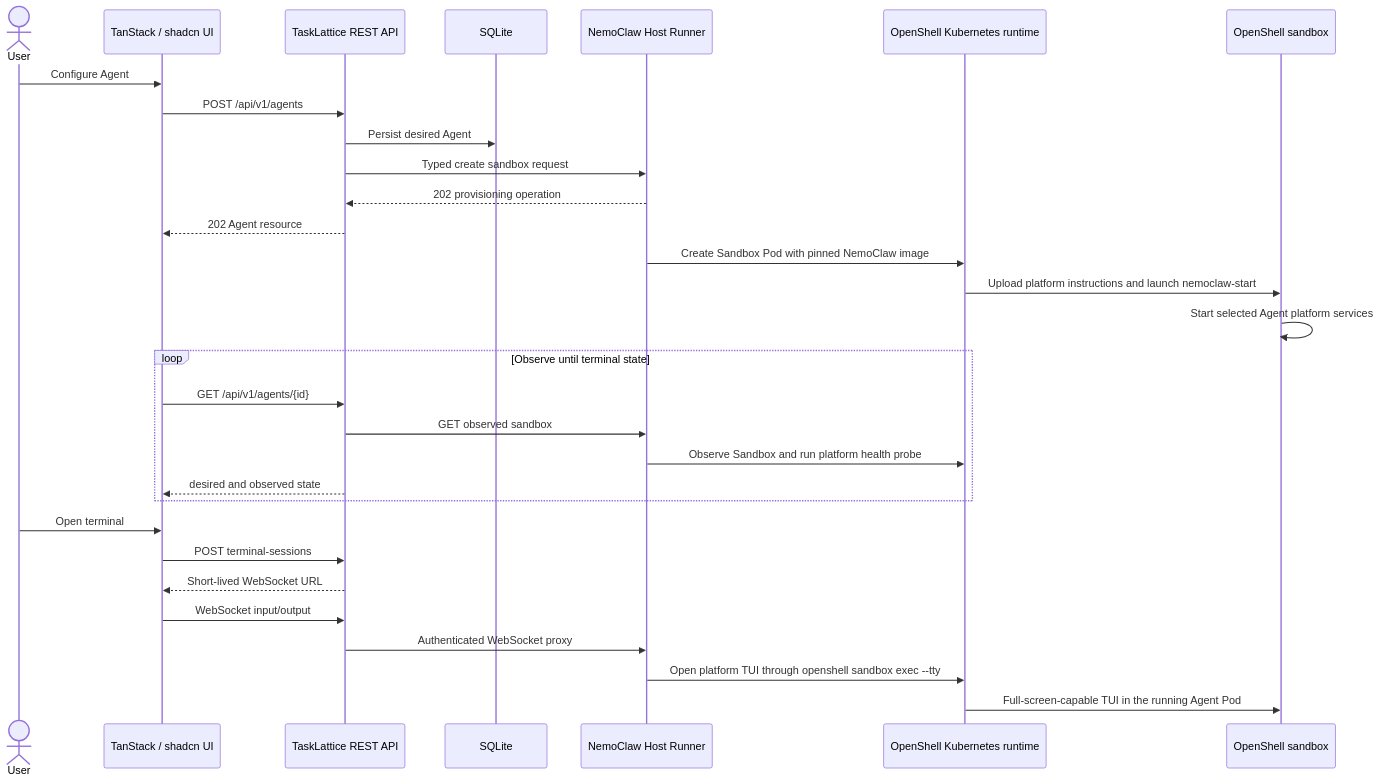
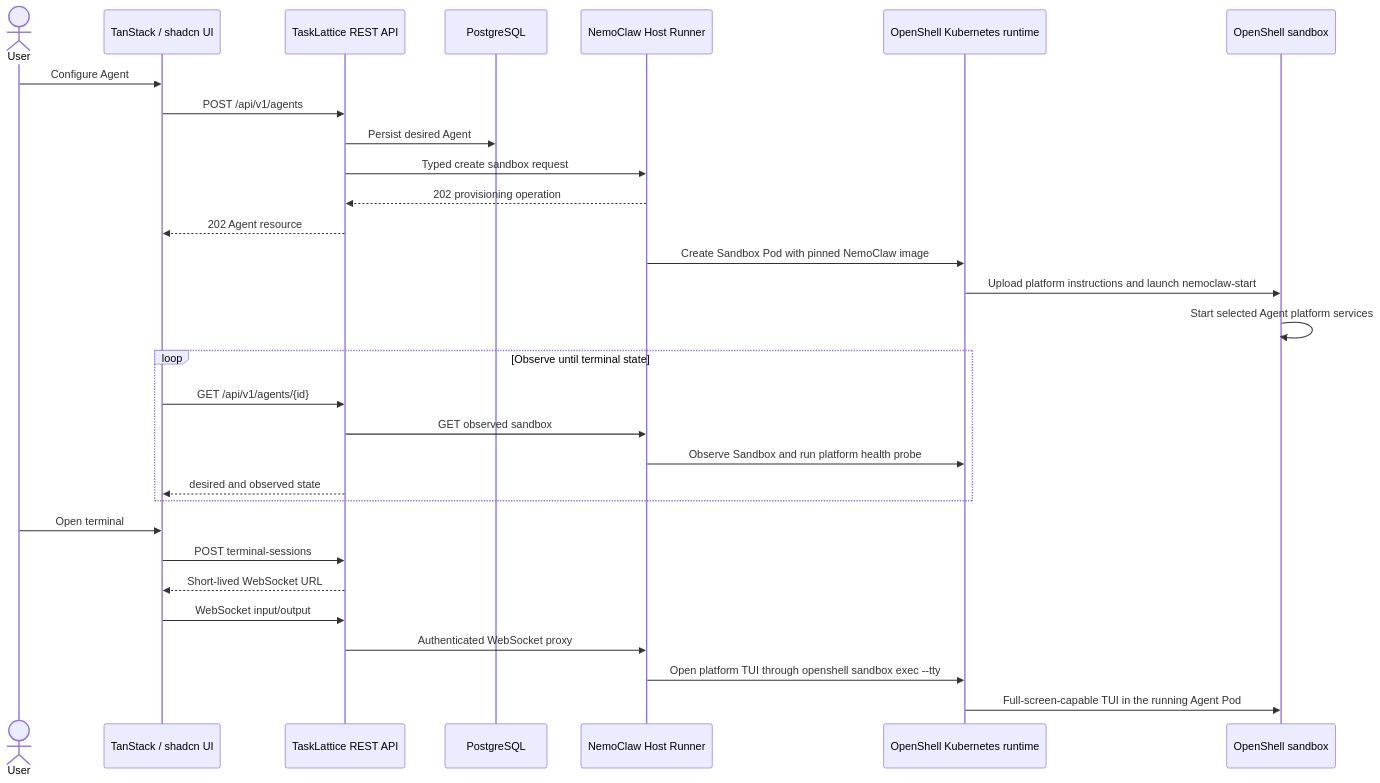
Before and after one commit to feng2009-hub/tasklattice-relay: the second of 2 diagrams in docs/mvp-core-flow.md, drawn with Mermaid. The commit also changed other lines of this file and 98 other files, not shown here.

Commit message:
feat(control): migrate control plane to Prisma PostgreSQL

````diff
--- a/docs/mvp-core-flow.md
+++ b/docs/mvp-core-flow.md
@@ -34,33 +34,33 @@
 ```mermaid
 sequenceDiagram
     actor User
     participant UI as TanStack / shadcn UI
     participant API as TaskLattice REST API
-    participant DB as SQLite
+    participant DB as PostgreSQL
     participant Runner as NemoClaw Host Runner
     participant OS as OpenShell Kubernetes runtime
     participant SB as OpenShell sandbox
 
     User->>UI: Configure Agent
     UI->>API: POST /api/v1/agents
     API->>DB: Persist desired Agent
     API->>Runner: Typed create sandbox request
     Runner-->>API: 202 provisioning operation
     API-->>UI: 202 Agent resource
     Runner->>OS: Create Sandbox Pod with pinned NemoClaw image
     OS->>SB: Upload platform instructions and launch nemoclaw-start
     SB->>SB: Start selected Agent platform services
     loop Observe until terminal state
         UI->>API: GET /api/v1/agents/{id}
         API->>Runner: GET observed sandbox
         Runner->>OS: Observe Sandbox and run platform health probe
         API-->>UI: desired and observed state
     end
     User->>UI: Open terminal
     UI->>API: POST terminal-sessions
     API-->>UI: Short-lived WebSocket URL
     UI->>API: WebSocket input/output
     API->>Runner: Authenticated WebSocket proxy
     Runner->>OS: Open platform TUI through openshell sandbox exec --tty
     OS->>SB: Full-screen-capable TUI in the running Agent Pod
 ```
````
